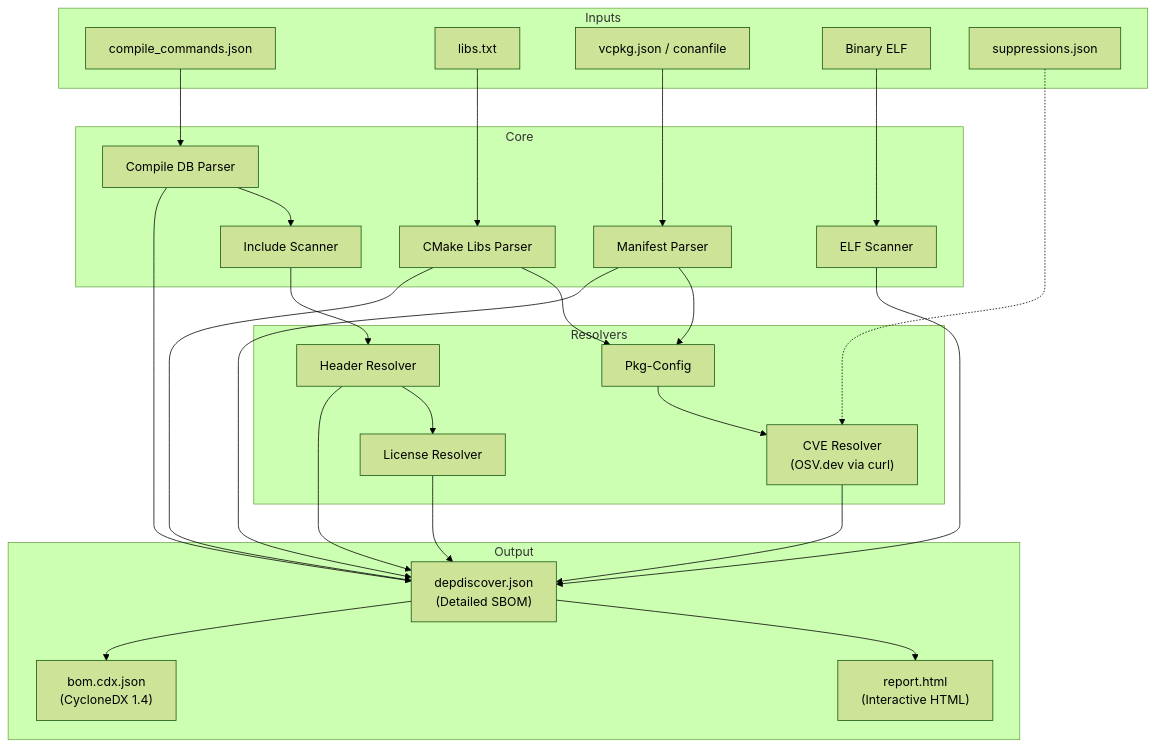
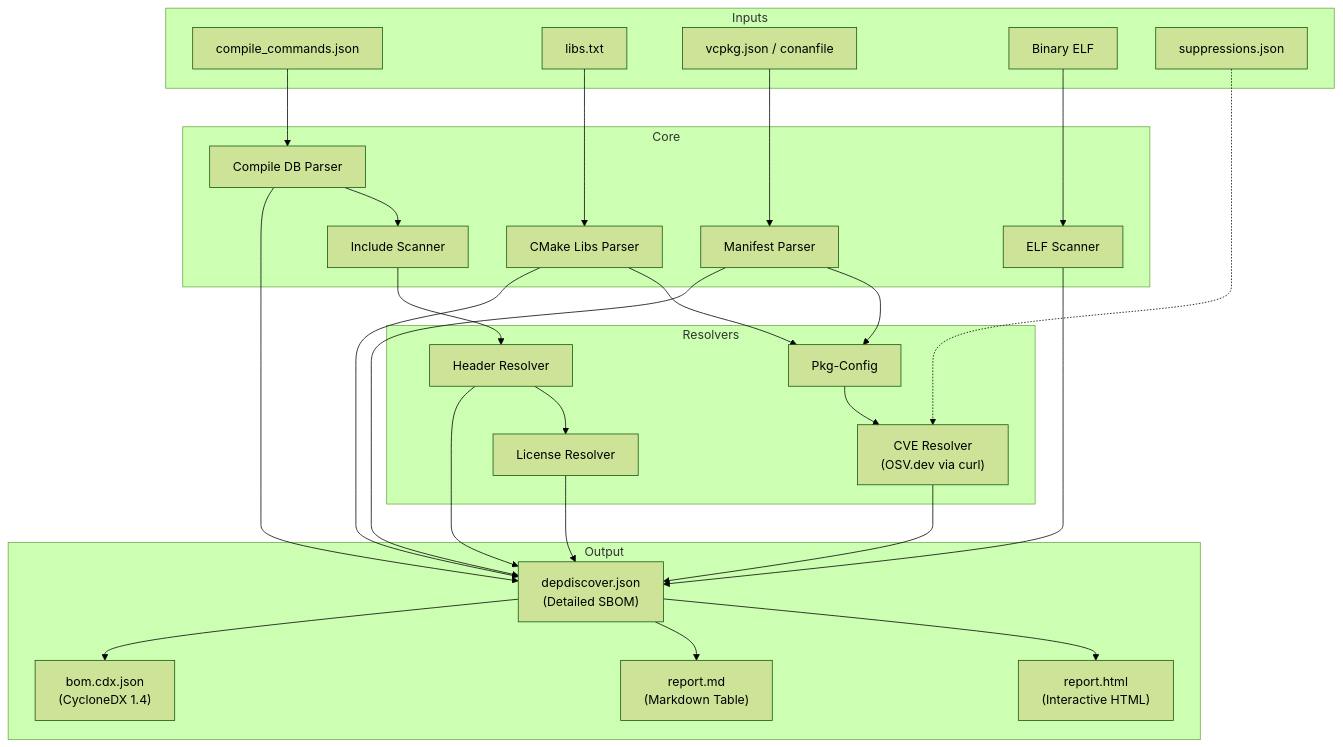
Before and after one commit to Zheng-Bote/depdiscover: the first of 4 diagrams in docs/architecture/readme.md, drawn with Mermaid (forest theme). The commit also changed other lines of this file and 32 other files, not shown here.

````diff
--- a/docs/architecture/readme.md
+++ b/docs/architecture/readme.md
@@ -29,50 +29,52 @@
 ```mermaid
 graph TD
     subgraph Inputs
         CC[compile_commands.json]
         LIBS[libs.txt]
         MAN[vcpkg.json / conanfile]
         BIN[Binary ELF]
         SUPP[suppressions.json]
     end
 
     subgraph Core
         P_CC[Compile DB Parser]
         P_CMAKE[CMake Libs Parser]
         P_MAN[Manifest Parser]
         S_ELF[ELF Scanner]
         S_INC[Include Scanner]
     end
 
     subgraph Resolvers
         R_HEAD[Header Resolver]
         R_PKG[Pkg-Config]
         R_LIC[License Resolver]
         R_CVE["CVE Resolver<br>(OSV.dev via curl)"]
     end
 
     subgraph Output
         JSON["depdiscover.json <br> (Detailed SBOM)"]
         HTML["report.html <br> (Interactive HTML)"]
+        MD["report.md <br> (Markdown Table)"]
         CDX["bom.cdx.json <br> (CycloneDX 1.4)"]
     end
 
     CC --> P_CC
     LIBS --> P_CMAKE
     MAN --> P_MAN
     BIN --> S_ELF
     SUPP -.-> R_CVE
 
     P_CC --> S_INC
     S_INC --> R_HEAD
 
     P_MAN --> R_PKG
     P_CMAKE --> R_PKG
 
     R_HEAD --> R_LIC
     R_PKG --> R_CVE
 
     P_CC & P_CMAKE & P_MAN & S_ELF & R_HEAD & R_LIC & R_CVE --> JSON
     JSON --> HTML
+    JSON --> MD
     JSON --> CDX
 ```
````
